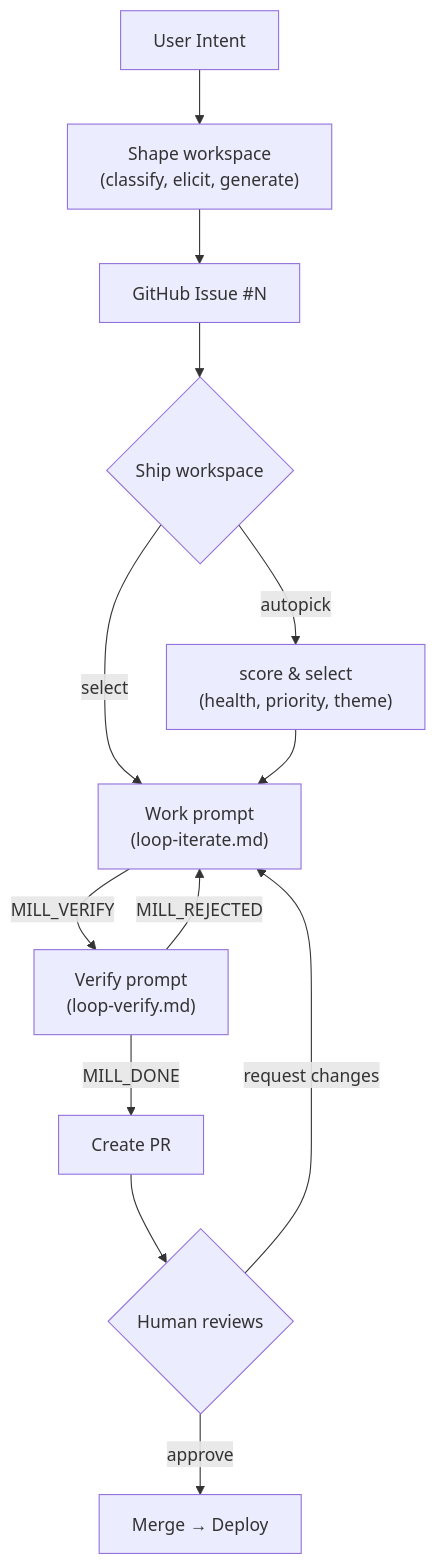
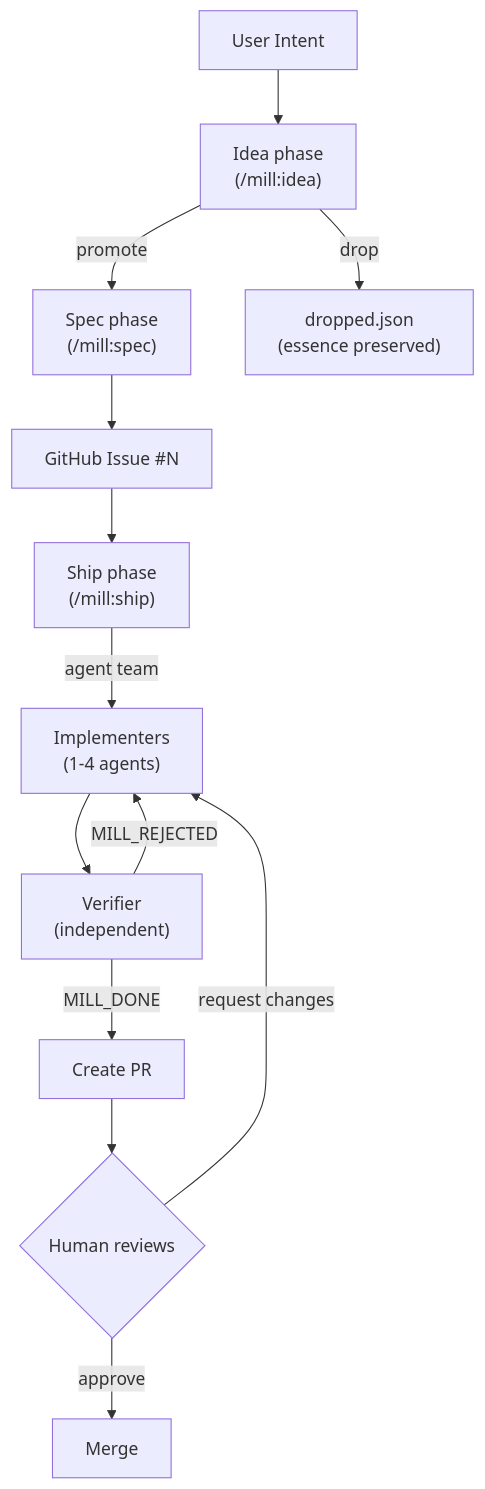
One commit to mindrevolution/mill changed the second of 3 diagrams in AGENTS.md. Above: the diagram before and after it, drawn with Mermaid. The commit also changed other lines of this file, not shown here.

First line of the commit message:
docs: rewrite AGENTS.md for skills-only architecture

````diff
--- a/AGENTS.md
+++ b/AGENTS.md
@@ -153,15 +163,15 @@
 ```mermaid
 flowchart TD
-    A[User Intent] --> B["Shape workspace<br>(classify, elicit, generate)"]
-    B --> C["GitHub Issue #N"]
-    C --> D{"Ship workspace"}
-    D -->|"select"| E["Work prompt<br>(loop-iterate.md)"]
-    D -->|"autopick"| F["score & select<br>(health, priority, theme)"]
-    F --> E
-    E -->|MILL_VERIFY| G["Verify prompt<br>(loop-verify.md)"]
-    G -->|MILL_REJECTED| E
-    G -->|MILL_DONE| H["Create PR"]
-    H --> I{Human reviews}
-    I -->|approve| J[Merge → Deploy]
-    I -->|request changes| E
+    A[User Intent] --> B["Idea phase<br>(/mill:idea)"]
+    B -->|promote| C["Spec phase<br>(/mill:spec)"]
+    B -->|drop| D["dropped.json<br>(essence preserved)"]
+    C --> E["GitHub Issue #N"]
+    E --> F["Ship phase<br>(/mill:ship)"]
+    F -->|agent team| G["Implementers<br>(1-4 agents)"]
+    G --> H["Verifier<br>(independent)"]
+    H -->|MILL_REJECTED| G
+    H -->|MILL_DONE| I["Create PR"]
+    I --> J{Human reviews}
+    J -->|approve| K[Merge]
+    J -->|request changes| G
 ```
````
